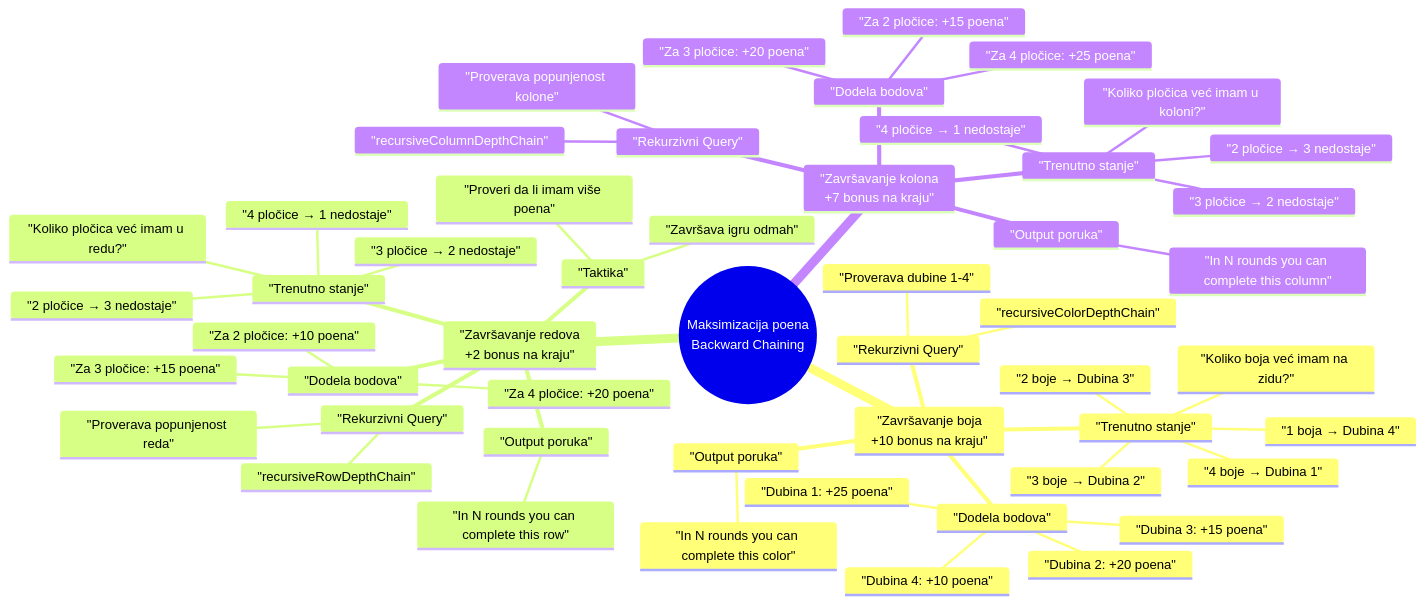
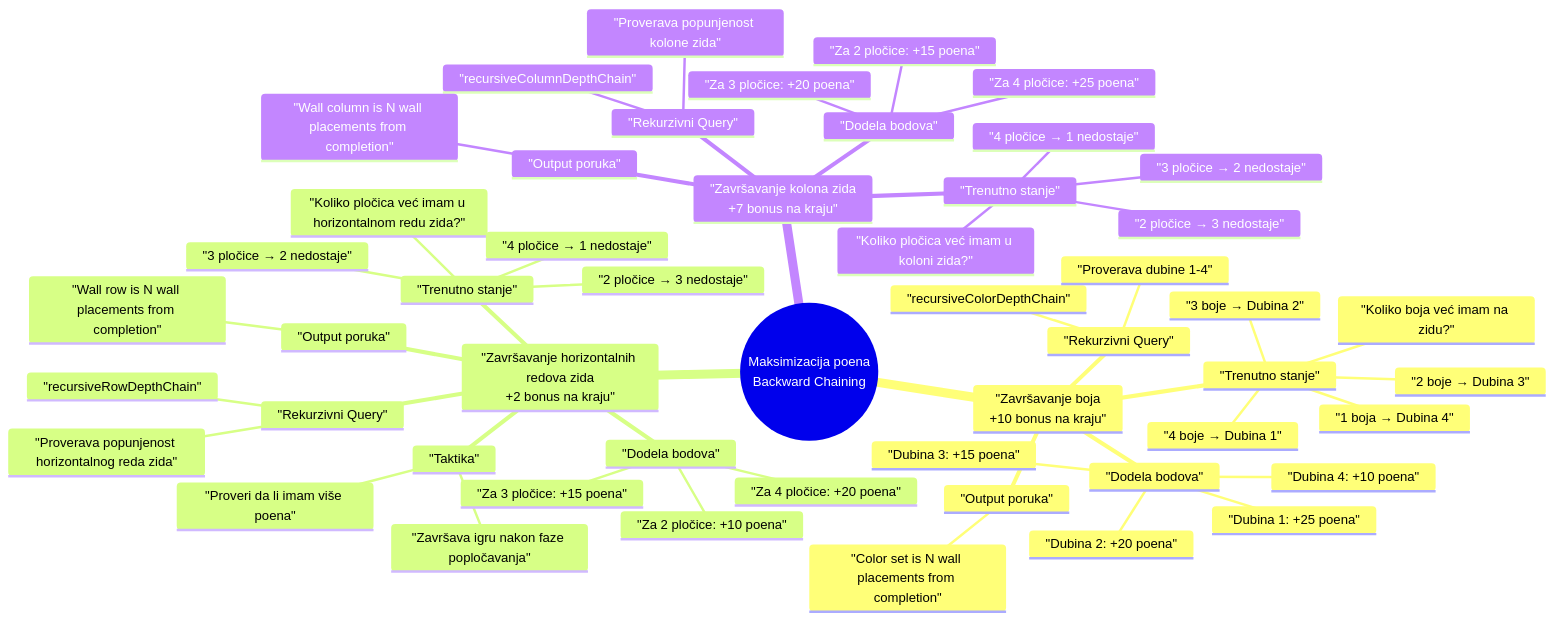
The first of 2 diagrams in README.md (borismarkovsv73/aizul), drawn with Mermaid before and after one commit. The commit also changed other lines of this file and 28 other files, not shown here.

````diff
--- a/README.md
+++ b/README.md
@@ -145,54 +178,54 @@
 ```mermaid
 mindmap
   root((Maksimizacija poena<br/>Backward Chaining))
     "Završavanje boja<br/>+10 bonus na kraju"
       "Rekurzivni Query"
         "recursiveColorDepthChain"
         "Proverava dubine 1-4"
       "Trenutno stanje"
         "Koliko boja već imam na zidu?"
         "1 boja → Dubina 4"
         "2 boje → Dubina 3"
         "3 boje → Dubina 2"
         "4 boje → Dubina 1"
       "Dodela bodova"
         "Dubina 4: +10 poena"
         "Dubina 3: +15 poena"
         "Dubina 2: +20 poena"
         "Dubina 1: +25 poena"
       "Output poruka"
-        "In N rounds you can complete this color"
-    "Završavanje redova<br/>+2 bonus na kraju"
+        "Color set is N wall placements from completion"
+    "Završavanje horizontalnih redova zida<br/>+2 bonus na kraju"
       "Rekurzivni Query"
         "recursiveRowDepthChain"
-        "Proverava popunjenost reda"
+        "Proverava popunjenost horizontalnog reda zida"
       "Trenutno stanje"
-        "Koliko pločica već imam u redu?"
+        "Koliko pločica već imam u horizontalnom redu zida?"
         "2 pločice → 3 nedostaje"
         "3 pločice → 2 nedostaje"
         "4 pločice → 1 nedostaje"
       "Dodela bodova"
         "Za 2 pločice: +10 poena"
         "Za 3 pločice: +15 poena"
         "Za 4 pločice: +20 poena"
       "Output poruka"
-        "In N rounds you can complete this row"
+        "Wall row is N wall placements from completion"
       "Taktika"
-        "Završava igru odmah"
+        "Završava igru nakon faze popločavanja"
         "Proveri da li imam više poena"
-    "Završavanje kolona<br/>+7 bonus na kraju"
+    "Završavanje kolona zida<br/>+7 bonus na kraju"
       "Rekurzivni Query"
         "recursiveColumnDepthChain"
-        "Proverava popunjenost kolone"
+        "Proverava popunjenost kolone zida"
       "Trenutno stanje"
-        "Koliko pločica već imam u koloni?"
+        "Koliko pločica već imam u koloni zida?"
         "2 pločice → 3 nedostaje"
         "3 pločice → 2 nedostaje"
         "4 pločice → 1 nedostaje"
       "Dodela bodova"
         "Za 2 pločice: +15 poena"
         "Za 3 pločice: +20 poena"
         "Za 4 pločice: +25 poena"
       "Output poruka"
-        "In N rounds you can complete this column"
+        "Wall column is N wall placements from completion"
 ```
````
